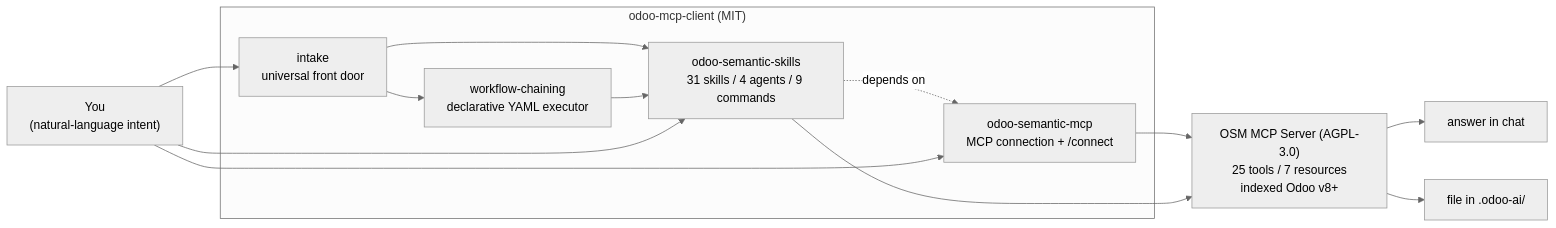
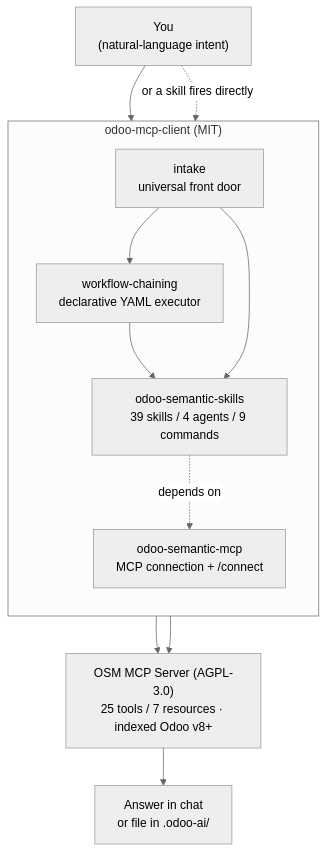
One commit to Viindoo/odoo-mcp-client changed the diagram in README.md. Above: the diagram before and after it, drawn with Mermaid (neutral theme). The commit also changed other lines of this file and 67 other files, not shown here.

````diff
--- a/README.md
+++ b/README.md
@@ -13,28 +13,24 @@
 ```mermaid
-flowchart LR
+flowchart TB
     You["You<br/>(natural-language intent)"]
 
     subgraph client["odoo-mcp-client (MIT)"]
+        direction TB
         intake["intake<br/>universal front door"]
         wfrunner["workflow-chaining<br/>declarative YAML executor"]
-        skills["odoo-semantic-skills<br/>31 skills / 4 agents / 9 commands"]
+        skills["odoo-semantic-skills<br/>39 skills / 4 agents / 9 commands"]
         mcp["odoo-semantic-mcp<br/>MCP connection + /connect"]
-        intake --> wfrunner
+        intake --> wfrunner --> skills
         intake --> skills
-        wfrunner --> skills
-        skills -."depends on".-> mcp
+        skills -. "depends on" .-> mcp
     end
 
-    server["OSM MCP Server (AGPL-3.0)<br/>25 tools / 7 resources<br/>indexed Odoo v8+"]
-
-    out1["answer in chat"]
-    out2["file in .odoo-ai/"]
+    server["OSM MCP Server (AGPL-3.0)<br/>25 tools / 7 resources · indexed Odoo v8+"]
+    out["Answer in chat<br/>or file in .odoo-ai/"]
 
     You --> intake
-    You --> skills
-    You --> mcp
+    You -. "or a skill fires directly" .-> skills
+    skills --> server
     mcp --> server
-    skills --> server
-    server --> out1
-    server --> out2
+    server --> out
 ```
````
